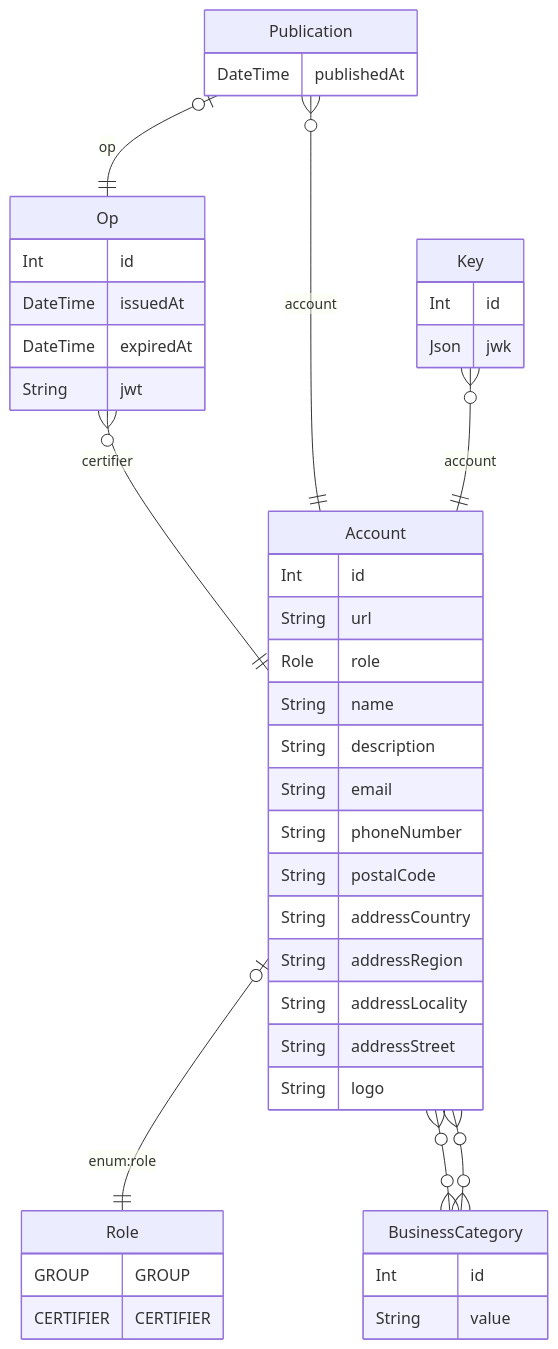
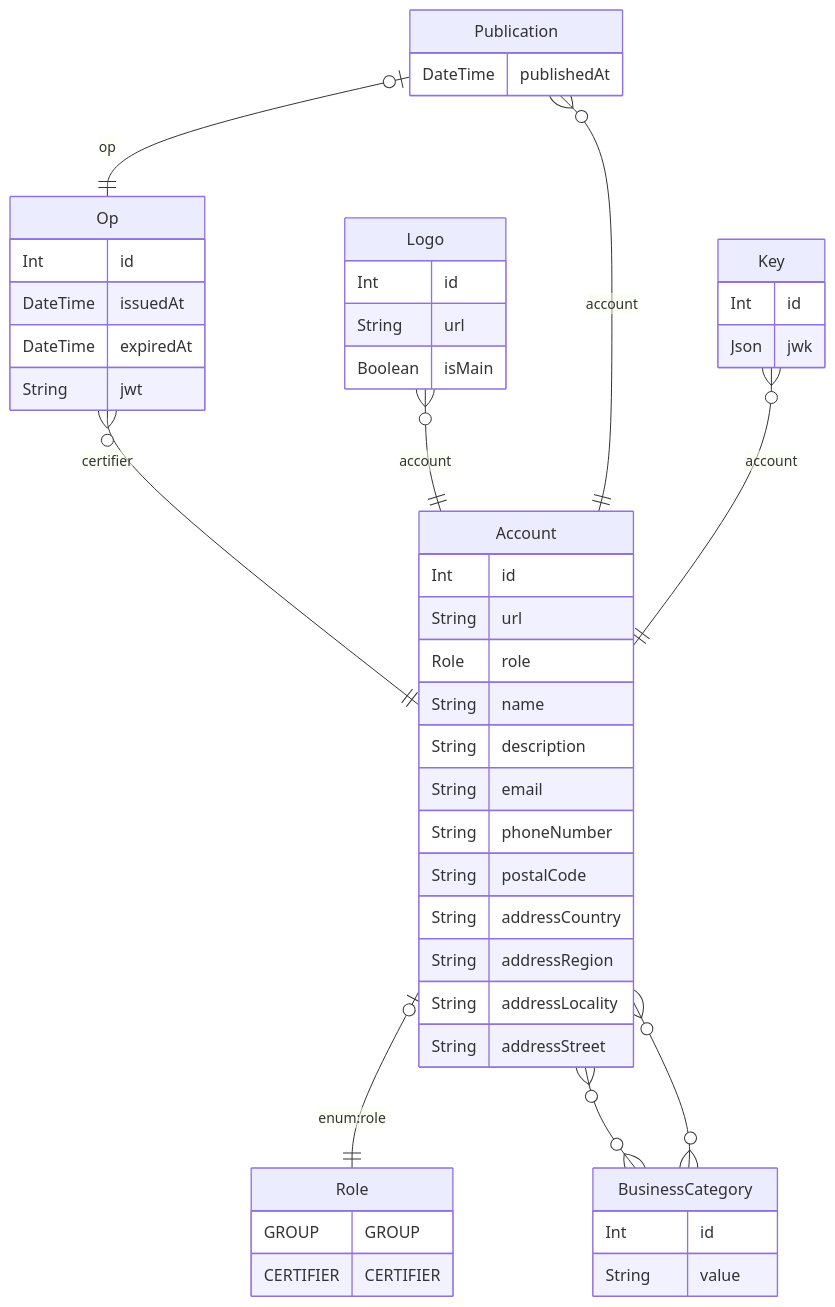
One commit to originator-profile/profile-share changed the diagram in docs/registry/assets/erd.md. Above: the diagram before and after it, drawn with Mermaid. The commit also changed 1 other file, not shown here.

Commit message:
ロゴ画像属性は主となる1つ以外にも複数候補として登録できるように変更

````diff
--- a/docs/registry/assets/erd.md
+++ b/docs/registry/assets/erd.md
@@ -1,57 +1,64 @@
 ```mermaid
 erDiagram
 
         Role {
             GROUP GROUP
 CERTIFIER CERTIFIER
         }
     
   Op {
       Int id
     DateTime issuedAt
     DateTime expiredAt
     String jwt
     }
   
 
   Account {
       Int id
     String url
     Role role
     String name
     String description
     String email
     String phoneNumber
     String postalCode
     String addressCountry
     String addressRegion
     String addressLocality
     String addressStreet
-    String logo
     }
   
 
   BusinessCategory {
       Int id
     String value
+    }
+  
+
+  Logo {
+      Int id
+    String url
+    Boolean isMain
     }
   
 
   Publication {
       DateTime publishedAt
     }
   
 
   Key {
       Int id
     Json jwk
     }
   
     Op o{--|| Account : "certifier"
     Account o|--|| Role : "enum:role"
     Account o{--}o BusinessCategory : ""
     BusinessCategory o{--}o Account : ""
+    Logo o{--|| Account : "account"
     Publication o|--|| Op : "op"
     Publication o{--|| Account : "account"
     Key o{--|| Account : "account"
 ```
````
